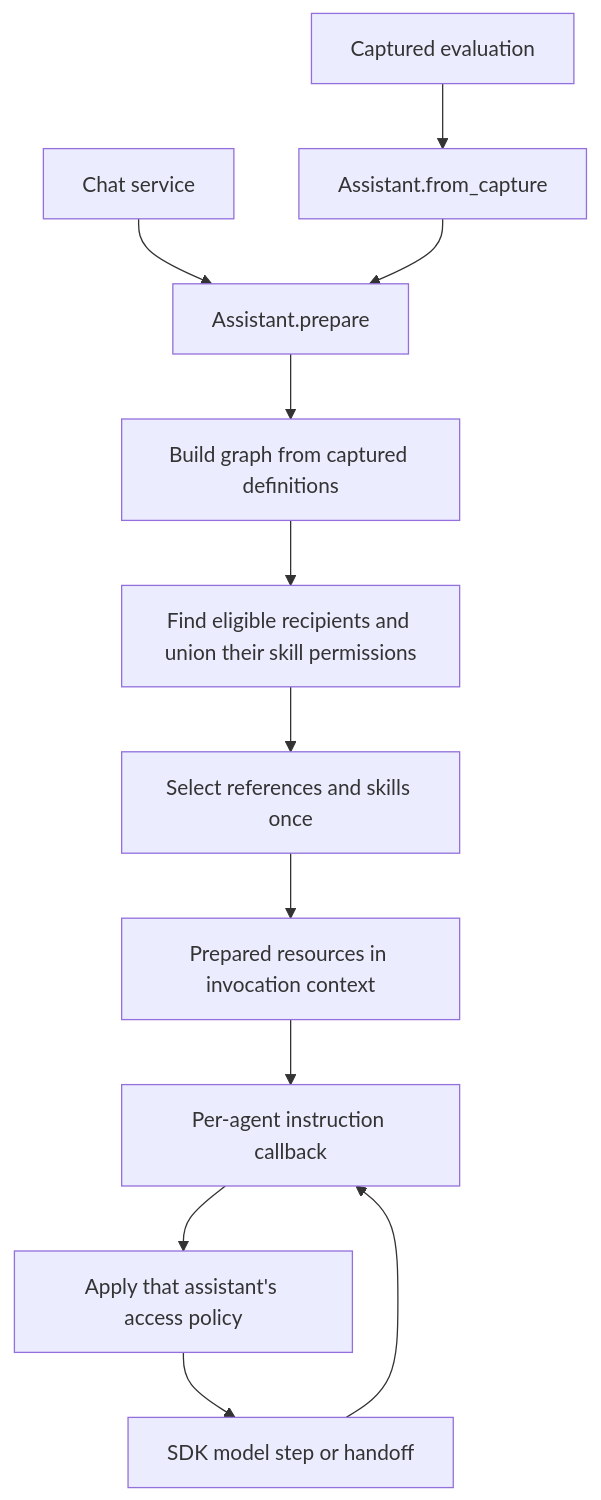
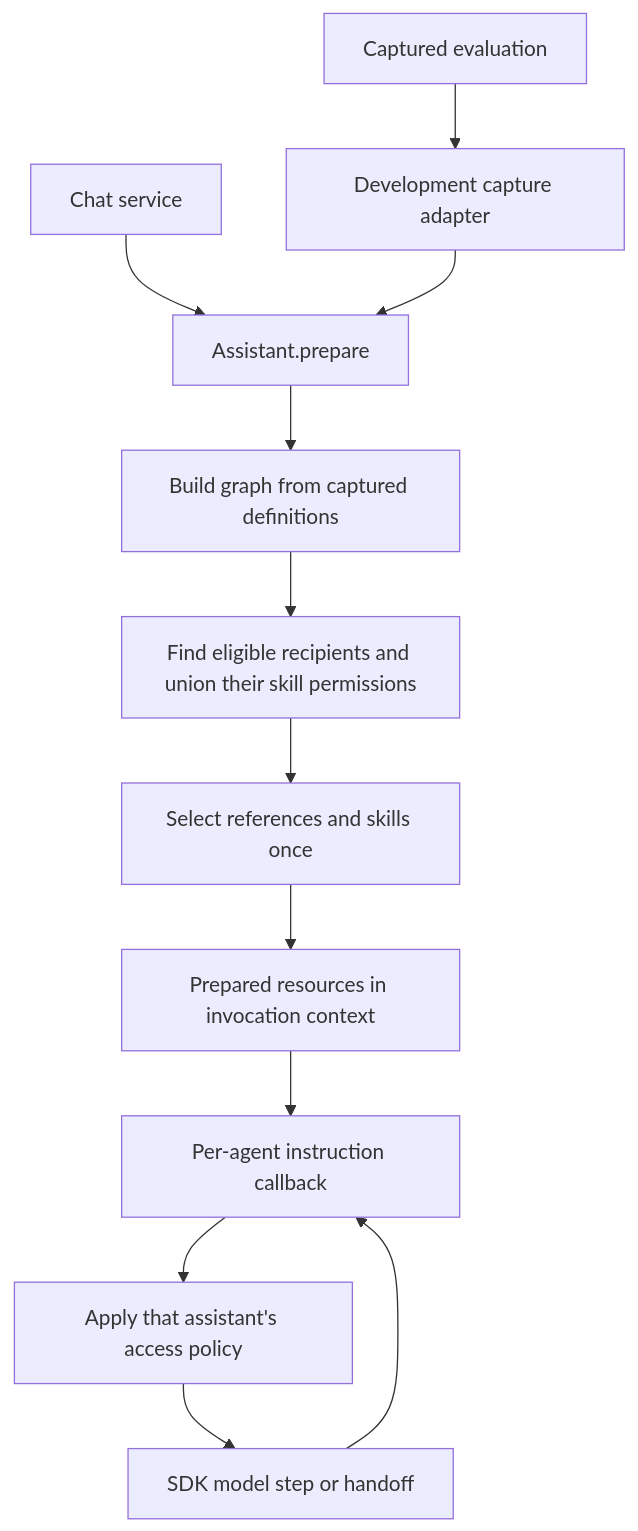
The diagram in tft-chat/docs/development/decision-workflow-implementation-report.md (oliverjdlopez/tft-apps), drawn with Mermaid before and after one commit. The commit also changed other lines of this file and 30 other files, not shown here.

Commit message:
refactor: extract assistant development execution support

````diff
--- a/tft-chat/docs/development/decision-workflow-implementation-report.md
+++ b/tft-chat/docs/development/decision-workflow-implementation-report.md
@@ -86,14 +86,14 @@
 ```mermaid
 flowchart TD
     C[Chat service] --> A[Assistant.prepare]
-    E[Captured evaluation] --> F[Assistant.from_capture]
+    E[Captured evaluation] --> F[Development capture adapter]
     F --> A
     A --> G[Build graph from captured definitions]
     G --> U[Find eligible recipients and union their skill permissions]
     U --> S[Select references and skills once]
     S --> R[Prepared resources in invocation context]
     R --> I[Per-agent instruction callback]
     I --> P[Apply that assistant's access policy]
     P --> M[SDK model step or handoff]
     M --> I
 ```
````
